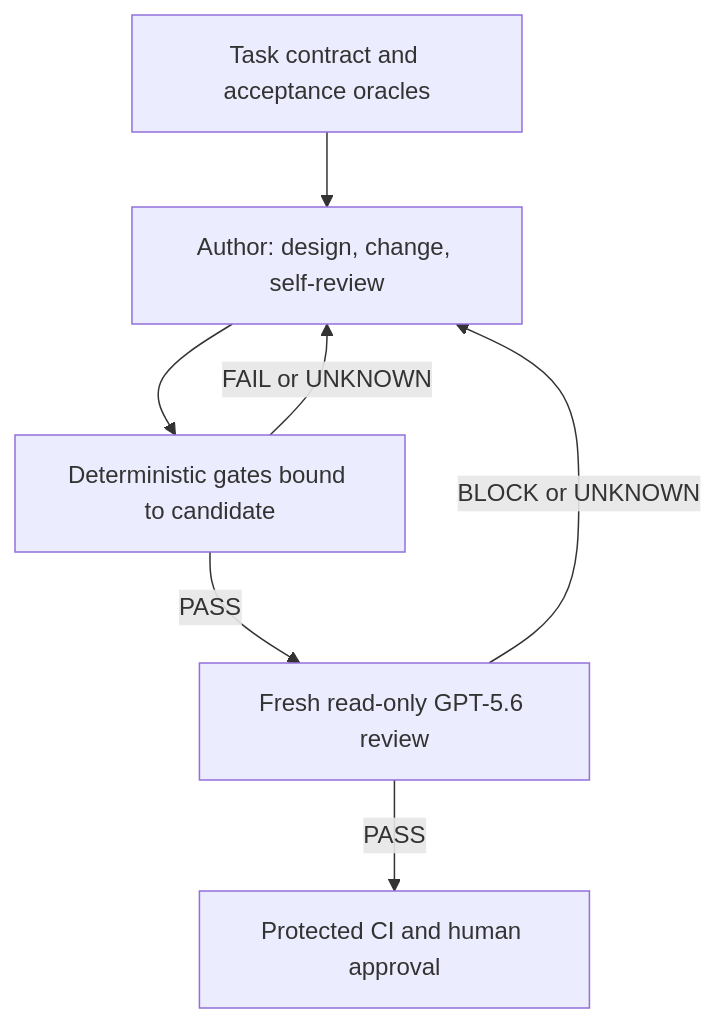
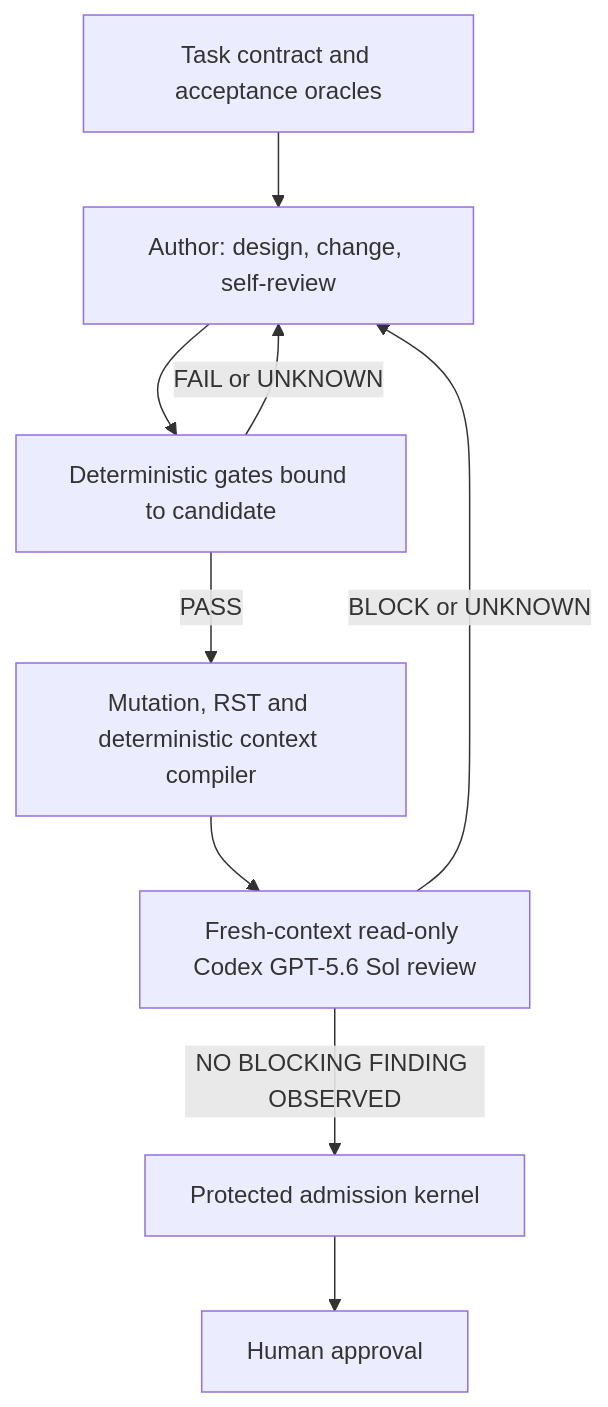
Before and after one commit to timaday/codex-governed-change: the diagram in README.md, drawn with Mermaid. The commit also changed other lines of this file and 153 other files, not shown here.

````diff
--- a/README.md
+++ b/README.md
@@ -22,9 +31,11 @@
 ```mermaid
 flowchart TD
     A["Task contract and acceptance oracles"] --> B["Author: design, change, self-review"]
     B --> C["Deterministic gates bound to candidate"]
-    C -->|PASS| D["Fresh read-only GPT-5.6 review"]
+    C -->|PASS| D["Mutation, RST and deterministic context compiler"]
     C -->|FAIL or UNKNOWN| B
-    D -->|PASS| E["Protected CI and human approval"]
-    D -->|BLOCK or UNKNOWN| B
+    D --> R["Fresh-context read-only Codex GPT-5.6 Sol review"]
+    R -->|NO BLOCKING FINDING OBSERVED| E["Protected admission kernel"]
+    E --> H["Human approval"]
+    R -->|BLOCK or UNKNOWN| B
 ```
````
